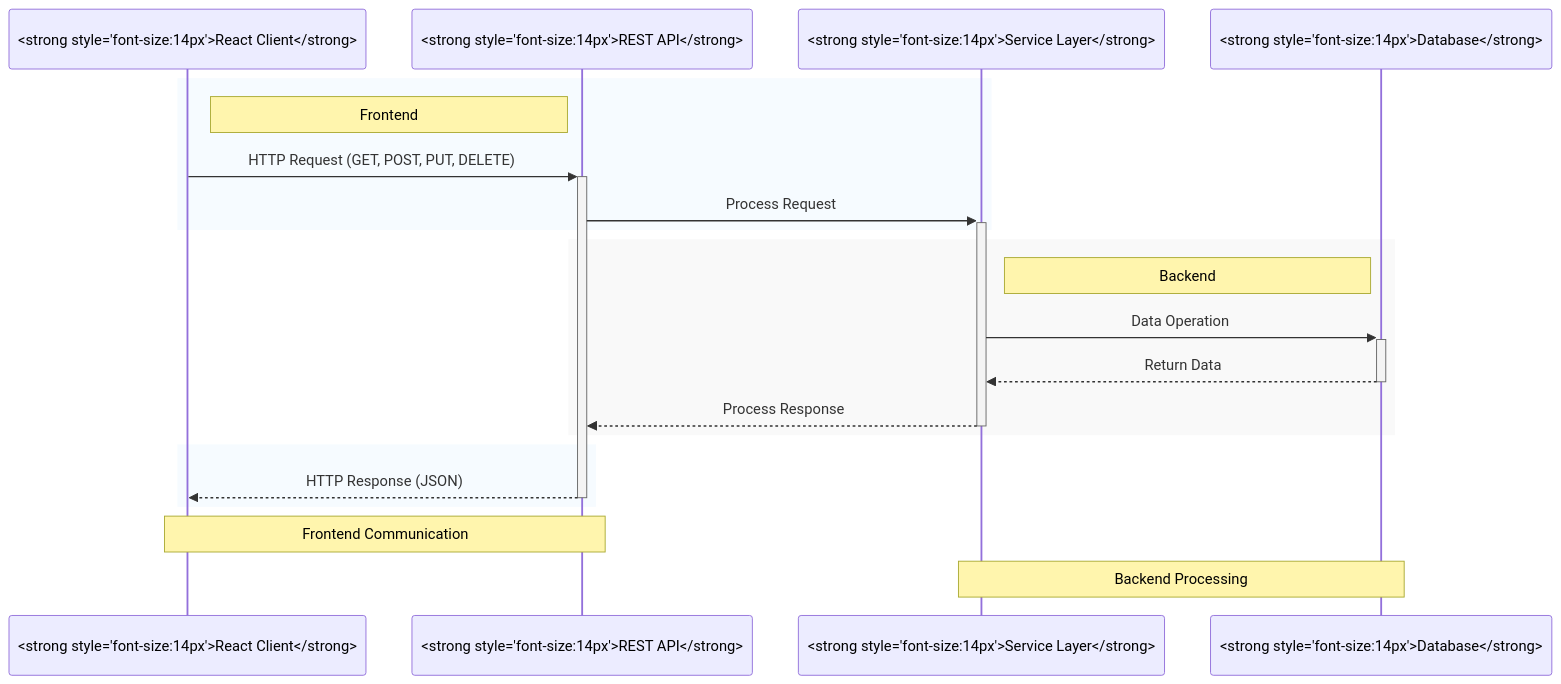
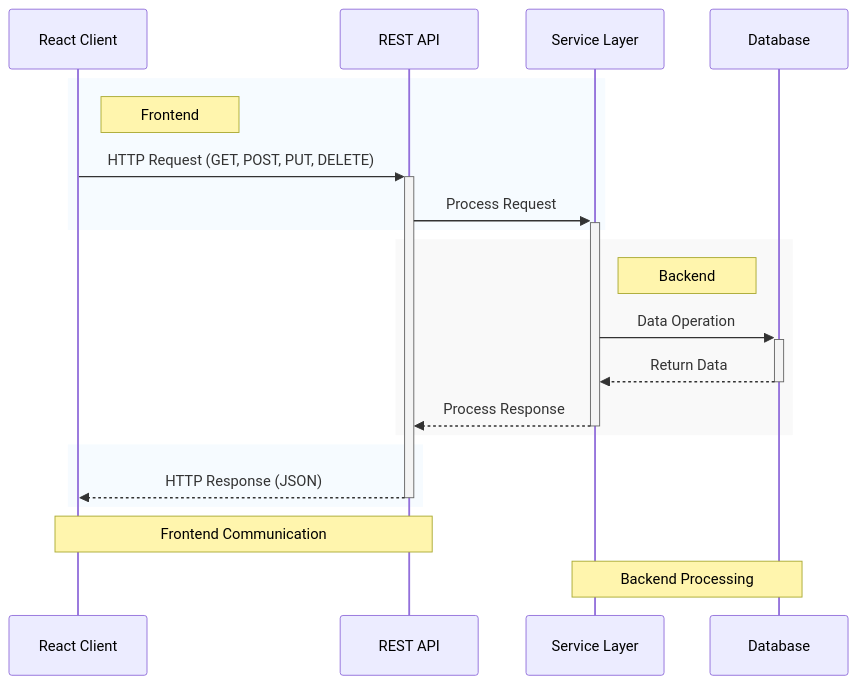
The first of 4 diagrams in TuPhung_Docs/docs/architecture.md (TuPhung369/Haaga_Backend_Programming), drawn with Mermaid before and after one commit. The commit also changed other lines of this file and 29 other files, not shown here.

````diff
--- a/TuPhung_Docs/docs/architecture.md
+++ b/TuPhung_Docs/docs/architecture.md
@@ -46,30 +47,30 @@
 ```mermaid
 sequenceDiagram
     %% Styling
-    participant Client as <strong style="font-size:14px">React Client</strong>
-    participant API as <strong style="font-size:14px">REST API</strong>
-    participant Service as <strong style="font-size:14px">Service Layer</strong>
-    participant DB as <strong style="font-size:14px">Database</strong>
+    participant Client as React Client
+    participant API as REST API
+    participant Service as Service Layer
+    participant DB as Database
 
     %% Color definitions
     rect rgb(240, 248, 255, 0.6)
         note right of Client: Frontend
         Client->>+API: HTTP Request (GET, POST, PUT, DELETE)
         API->>+Service: Process Request
     end
 
     rect rgb(245, 245, 245, 0.6)
         note right of Service: Backend
         Service->>+DB: Data Operation
         DB-->>-Service: Return Data
         Service-->>-API: Process Response
     end
 
     rect rgb(240, 248, 255, 0.6)
         API-->>-Client: HTTP Response (JSON)
     end
 
     %% Notes
     note over Client,API: Frontend Communication
     note over Service,DB: Backend Processing
 ```
````
